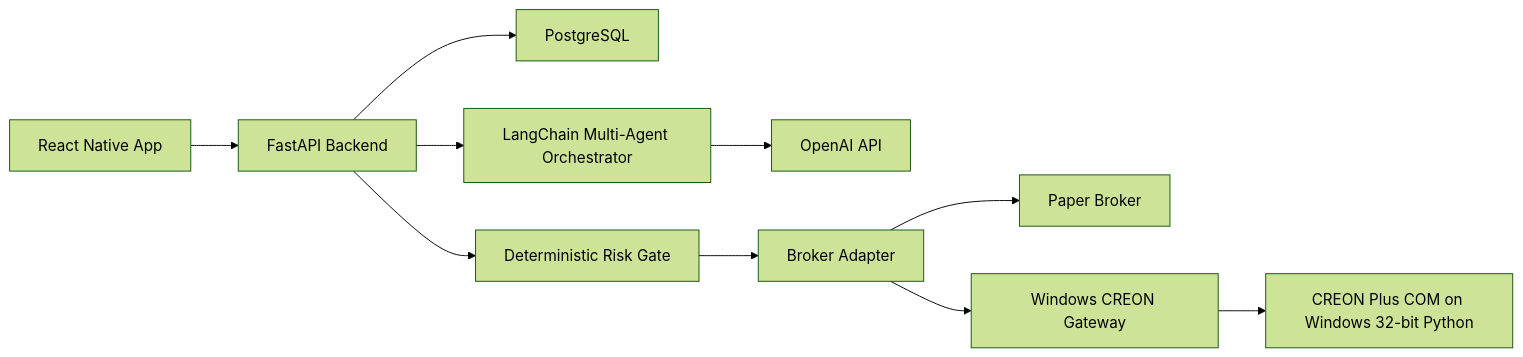
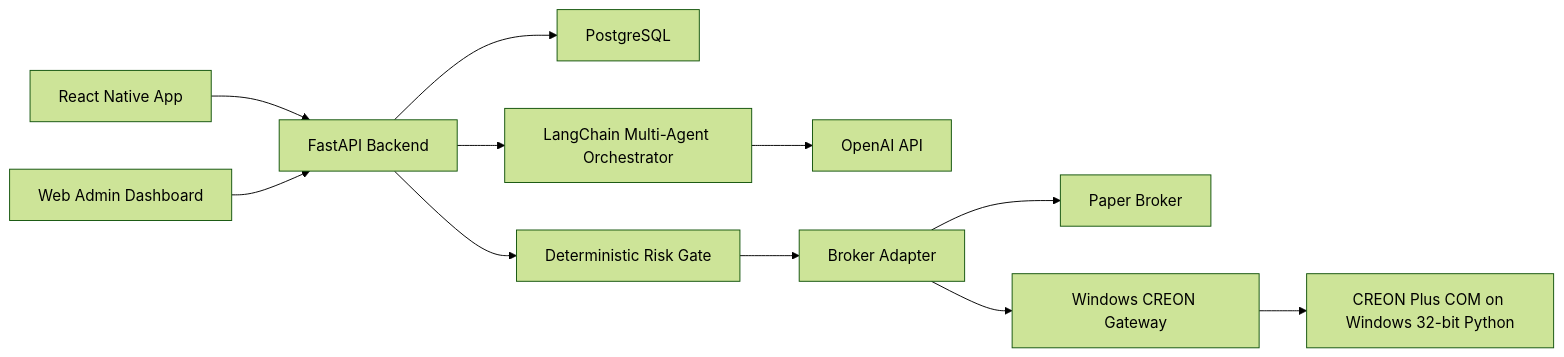
Before and after one commit to dae9999nam/Trade-Pilot: the diagram in docs/ARCHITECTURE.md, drawn with Mermaid (forest theme). The commit also changed other lines of this file and 26 other files, not shown here.

First line of the commit message:
Rebrand to trade-pilot; add admin-web app, auth and dashboard APIs

````diff
--- a/docs/ARCHITECTURE.md
+++ b/docs/ARCHITECTURE.md
@@ -3,12 +3,13 @@
 ```mermaid
 flowchart LR
   RN["React Native App"] --> API["FastAPI Backend"]
+  Web["Web Admin Dashboard"] --> API
   API --> DB["PostgreSQL"]
   API --> Agents["LangChain Multi-Agent Orchestrator"]
   Agents --> OpenAI["OpenAI API"]
   API --> Risk["Deterministic Risk Gate"]
   Risk --> Broker["Broker Adapter"]
   Broker --> Paper["Paper Broker"]
   Broker --> Gateway["Windows CREON Gateway"]
   Gateway --> Creon["CREON Plus COM on Windows 32-bit Python"]
 ```
````
